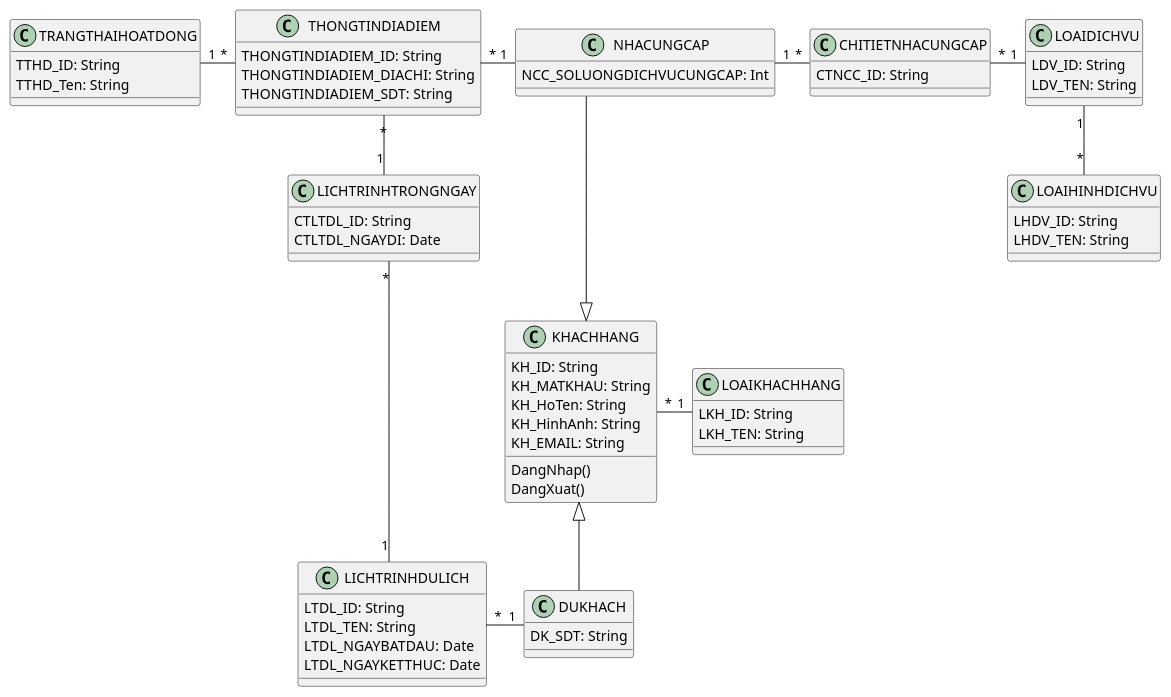
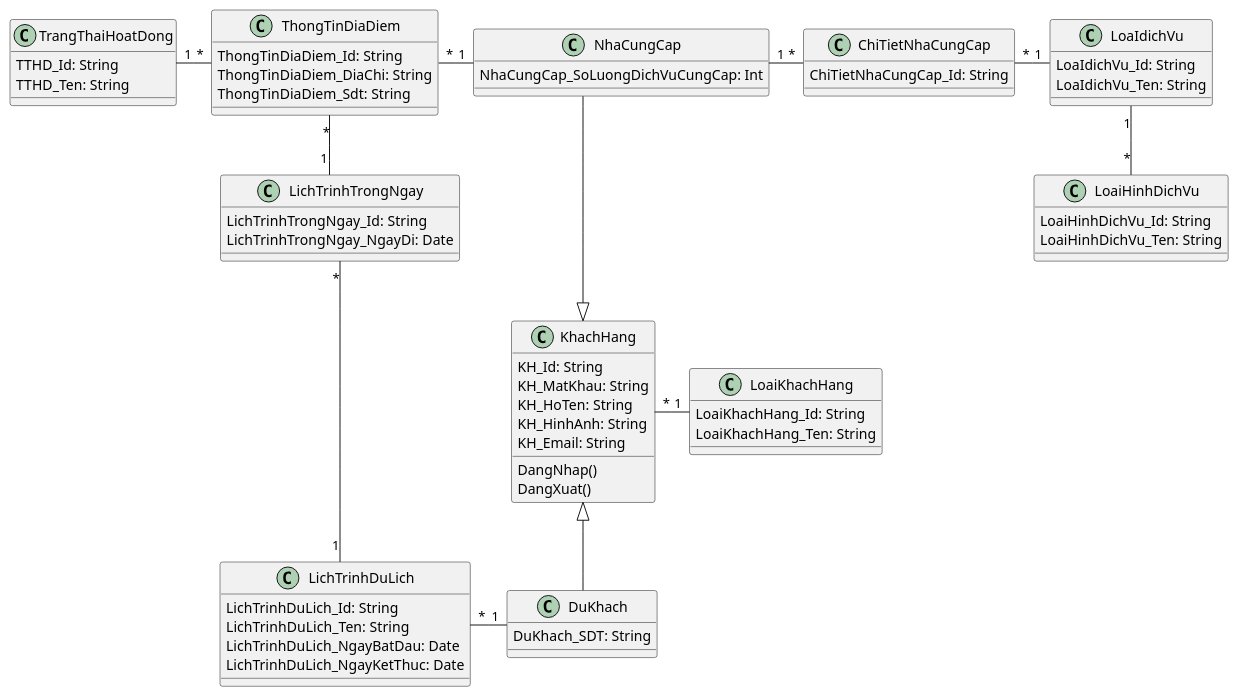
Before and after one commit to TranTan-Dat/LV_DuLichDienTu: the diagram in PlanUML/Class.puml, drawn with PlantUML. The commit also changed 1 other file, not shown here.

```diff
--- a/PlanUML/Class.puml
+++ b/PlanUML/Class.puml
@@ -1,99 +1,92 @@
-@startuml So Do class
+@startuml SoDoclass
  skinparam linetype ortho
 ' Dịch vụ du lịch ở đây bao gồm các khu vui chơi,
 ' ăn ngủ nghỉ, dịch vụ đi lại, các dịch vụ sẽ có loại DV
 'Dịch vụ sẽ gồm có:
 '1. Phương tiện để đi lại (gồm có phương tiện đi đến nơi du lịch và phương tiện đi lại ở điểm du lịch)
-'2. Tham quan và ăn uống
-'3. chỗ ngủ
+'2. Tham quan 
+'3.ăn uống
+'4. chỗ ngủ
 
 
 
-class NHACUNGCAP{
-  NCC_SOLUONGDICHVUCUNGCAP: Int
+class NhaCungCap{
+  NhaCungCap_SoLuongDichVuCungCap: Int
 }
 
-class CHITIETNHACUNGCAP{
-  CTNCC_ID: String
+class ChiTietNhaCungCap{
+  ChiTietNhaCungCap_Id: String
 
 }
 
-class THONGTINDIADIEM{
-  THONGTINDIADIEM_ID: String
-  THONGTINDIADIEM_DIACHI: String
-  THONGTINDIADIEM_SDT: String
+class ThongTinDiaDiem{
+  ThongTinDiaDiem_Id: String
+  ThongTinDiaDiem_DiaChi: String
+  ThongTinDiaDiem_Sdt: String
 }
-class TRANGTHAIHOATDONG{
-  TTHD_ID: String
+class TrangThaiHoatDong{
+  TTHD_Id: String
   TTHD_Ten: String
 }
 
-class DUKHACH{
-  DK_SDT: String
+class DuKhach{
+  DuKhach_SDT: String
 }
-class LICHTRINHDULICH{
-  LTDL_ID: String
-  LTDL_TEN: String 
-  LTDL_NGAYBATDAU: Date 
-  LTDL_NGAYKETTHUC: Date
+class LichTrinhDuLich{
+  LichTrinhDuLich_Id: String
+  LichTrinhDuLich_Ten: String 
+  LichTrinhDuLich_NgayBatDau: Date 
+  LichTrinhDuLich_NgayKetThuc: Date
 }
-class LICHTRINHTRONGNGAY{
- CTLTDL_ID: String
- CTLTDL_NGAYDI: Date
-
+class LichTrinhTrongNgay{
+ LichTrinhTrongNgay_Id: String
+ LichTrinhTrongNgay_NgayDi: Date
 
 }
 
-' class chitiet{
-
-' }
-
-class KHACHHANG{
-  KH_ID: String
-  KH_MATKHAU: String
+class KhachHang{
+  KH_Id: String
+  KH_MatKhau: String
   KH_HoTen: String
   KH_HinhAnh: String
-  KH_EMAIL: String
+  KH_Email: String
 
   
   DangNhap()
   DangXuat()
 }
 
-class LOAIKHACHHANG{
+class LoaiKhachHang{
 
-  LKH_ID: String
-  LKH_TEN: String
+  LoaiKhachHang_Id: String
+  LoaiKhachHang_Ten: String
 
 }
 
-class LOAIDICHVU{
-  LDV_ID: String
-  LDV_TEN: String
+class LoaIdichVu{
+  LoaIdichVu_Id: String
+  LoaIdichVu_Ten: String
 }
 
-class LOAIHINHDICHVU{
-  LHDV_ID: String
-  LHDV_TEN: String
+class LoaiHinhDichVu{
+  LoaiHinhDichVu_Id: String
+  LoaiHinhDichVu_Ten: String
 }
-TRANGTHAIHOATDONG "1"-"*" THONGTINDIADIEM
+TrangThaiHoatDong "1"-"*" ThongTinDiaDiem
 
-KHACHHANG "*"-"1" LOAIKHACHHANG
+KhachHang "*"-"1" LoaiKhachHang
 
-NHACUNGCAP "1"-"*" CHITIETNHACUNGCAP
-CHITIETNHACUNGCAP "*"-"1" LOAIDICHVU 
-LOAIDICHVU "1"--"*" LOAIHINHDICHVU
-THONGTINDIADIEM "*"-"1" NHACUNGCAP
+NhaCungCap "1"-"*" ChiTietNhaCungCap
+ChiTietNhaCungCap "*"-"1" LoaIdichVu 
+LoaIdichVu "1"--"*" LoaiHinhDichVu
+ThongTinDiaDiem "*"-"1" NhaCungCap
 
 
-LICHTRINHDULICH "*"-"1" DUKHACH
-LICHTRINHTRONGNGAY "*"-"1" LICHTRINHDULICH
-THONGTINDIADIEM "*"--"1" LICHTRINHTRONGNGAY
+LichTrinhDuLich "*"-"1" DuKhach
+LichTrinhTrongNgay "*"-"1" LichTrinhDuLich
+ThongTinDiaDiem "*"--"1" LichTrinhTrongNgay
 
-' THONGTINDIADIEM "*"-"1" chitiet
-' chitiet "1"-"*" LICHTRINHTRONGNGAY
-
-NHACUNGCAP ---|> KHACHHANG
-KHACHHANG <|-- DUKHACH
+NhaCungCap ---|> KhachHang
+KhachHang <|-- DuKhach
 
 @enduml
```
